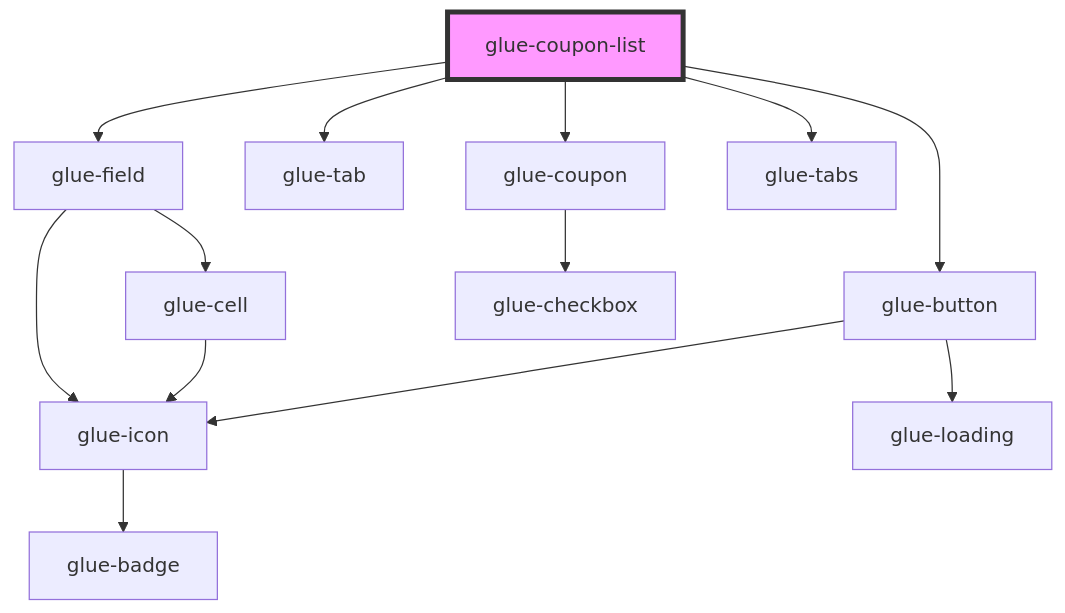
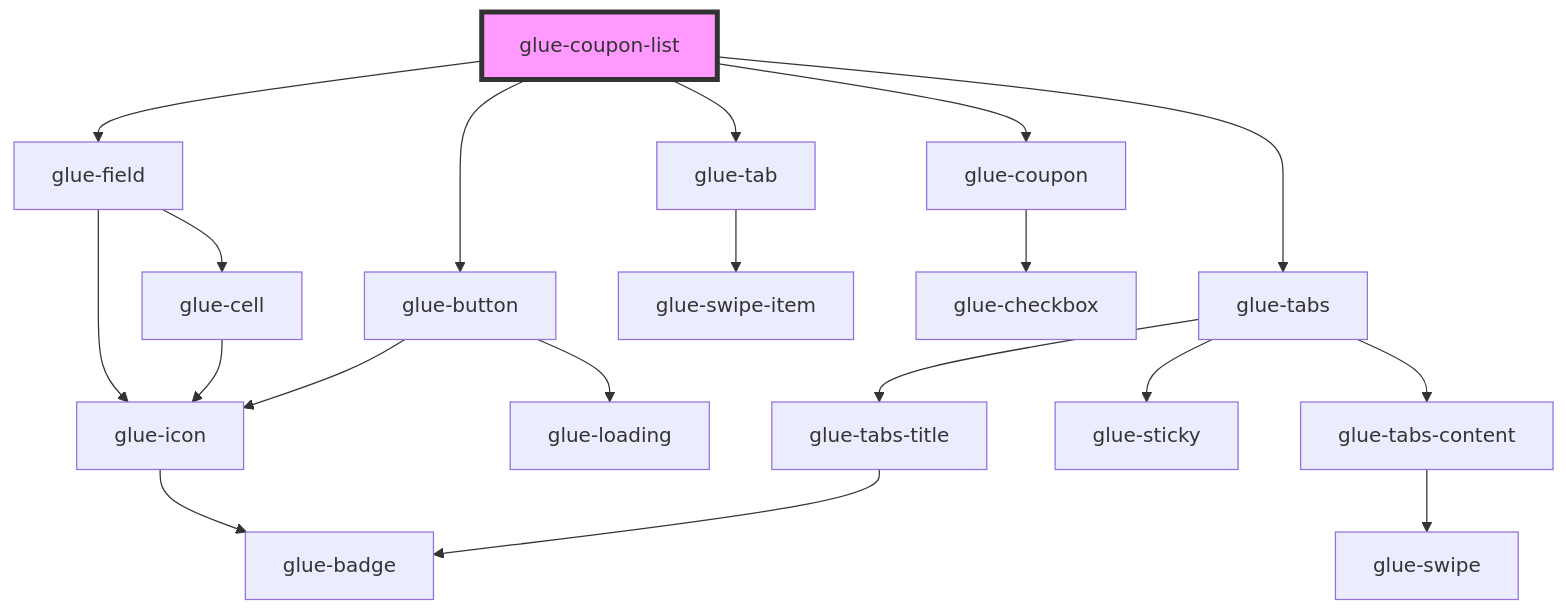
Before and after one commit to grasilife/glue: the diagram in packages/glue-components/src/components/glue-coupon-list/readme.md, drawn with Mermaid. The commit also changed 23 other files, not shown here.

````diff
--- a/packages/glue-components/src/components/glue-coupon-list/readme.md
+++ b/packages/glue-components/src/components/glue-coupon-list/readme.md
@@ -44,16 +44,22 @@
 ```mermaid
 graph TD;
   glue-coupon-list --> glue-field
   glue-coupon-list --> glue-button
   glue-coupon-list --> glue-tab
   glue-coupon-list --> glue-coupon
   glue-coupon-list --> glue-tabs
   glue-field --> glue-cell
   glue-field --> glue-icon
   glue-cell --> glue-icon
   glue-icon --> glue-badge
   glue-button --> glue-loading
   glue-button --> glue-icon
+  glue-tab --> glue-swipe-item
   glue-coupon --> glue-checkbox
+  glue-tabs --> glue-tabs-title
+  glue-tabs --> glue-sticky
+  glue-tabs --> glue-tabs-content
+  glue-tabs-title --> glue-badge
+  glue-tabs-content --> glue-swipe
   style glue-coupon-list fill:#f9f,stroke:#333,stroke-width:4px
 ```
````
